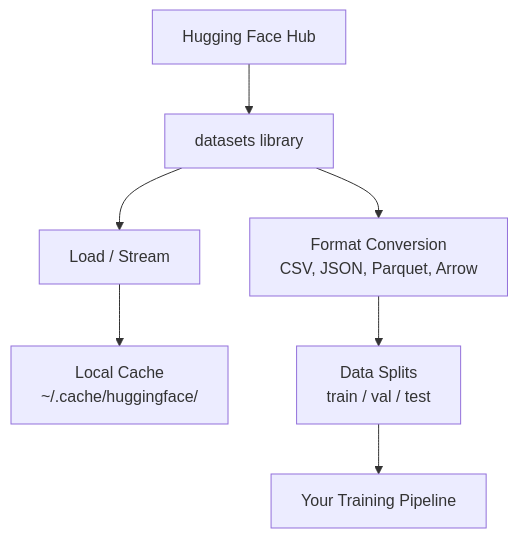
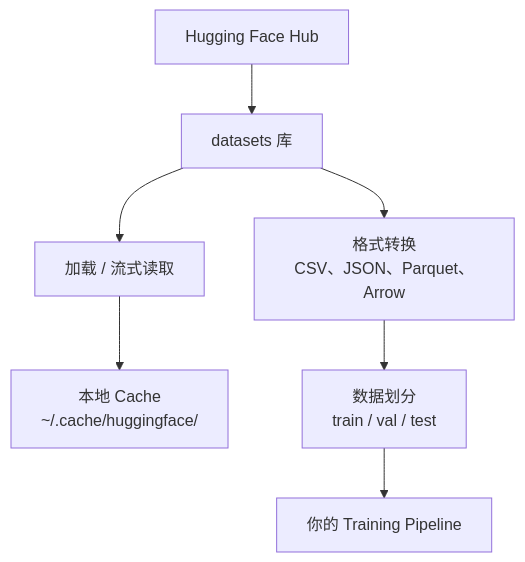
One commit to cluster1900/ai-engineering-from-scratch-zh changed the diagram in phases/00-setup-and-tooling/09-data-management/docs/en.md. Above: the diagram before and after it, drawn with Mermaid. The commit also changed other lines of this file and 2 other files, not shown here.

````diff
--- a/phases/00-setup-and-tooling/09-data-management/docs/en.md
+++ b/phases/00-setup-and-tooling/09-data-management/docs/en.md
@@ -20,9 +23,9 @@
 ```mermaid
 graph TD
-    A["Hugging Face Hub"] --> B["datasets library"]
-    B --> C["Load / Stream"]
-    C --> D["Local Cache<br/>~/.cache/huggingface/"]
-    B --> E["Format Conversion<br/>CSV, JSON, Parquet, Arrow"]
-    E --> F["Data Splits<br/>train / val / test"]
-    F --> G["Your Training Pipeline"]
+    A["Hugging Face Hub"] --> B["datasets 库"]
+    B --> C["加载 / 流式读取"]
+    C --> D["本地 Cache<br/>~/.cache/huggingface/"]
+    B --> E["格式转换<br/>CSV、JSON、Parquet、Arrow"]
+    E --> F["数据划分<br/>train / val / test"]
+    F --> G["你的 Training Pipeline"]
 ```
````
